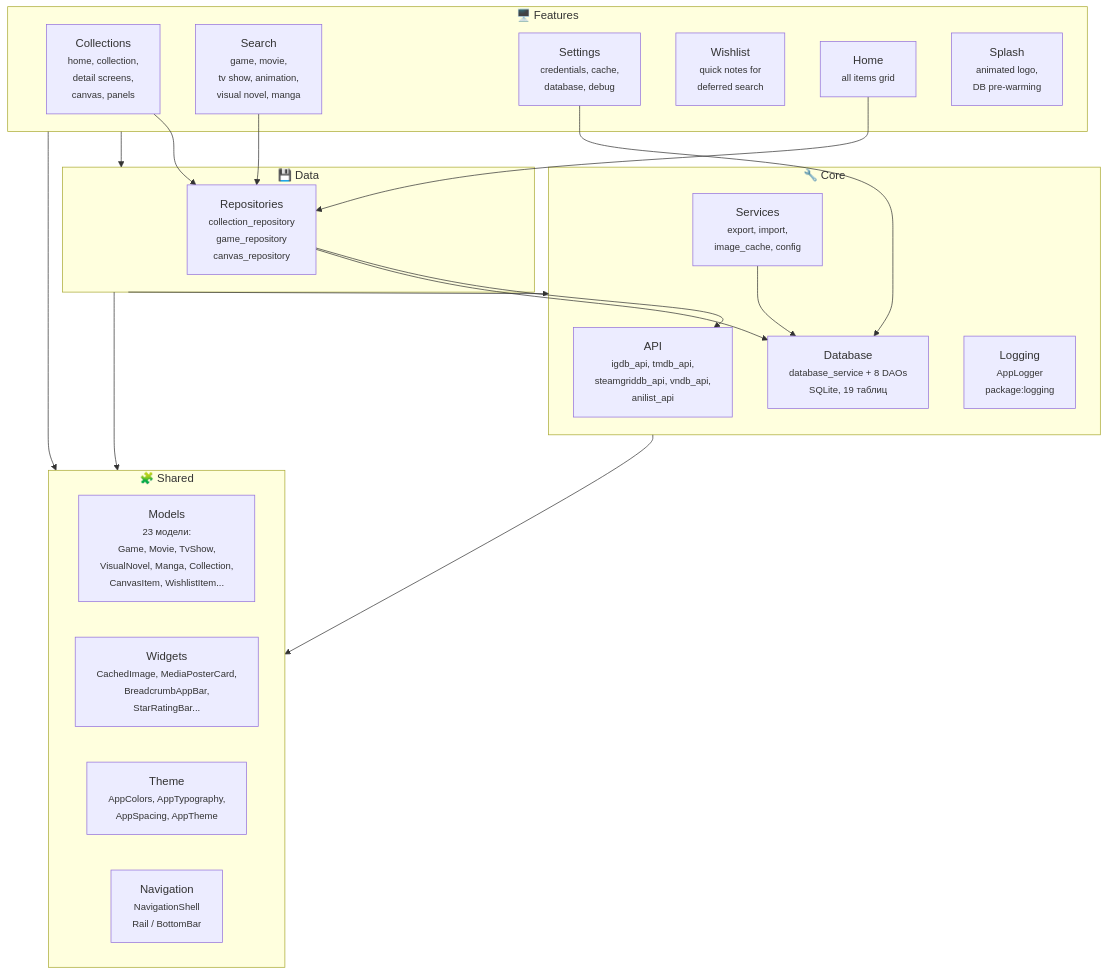
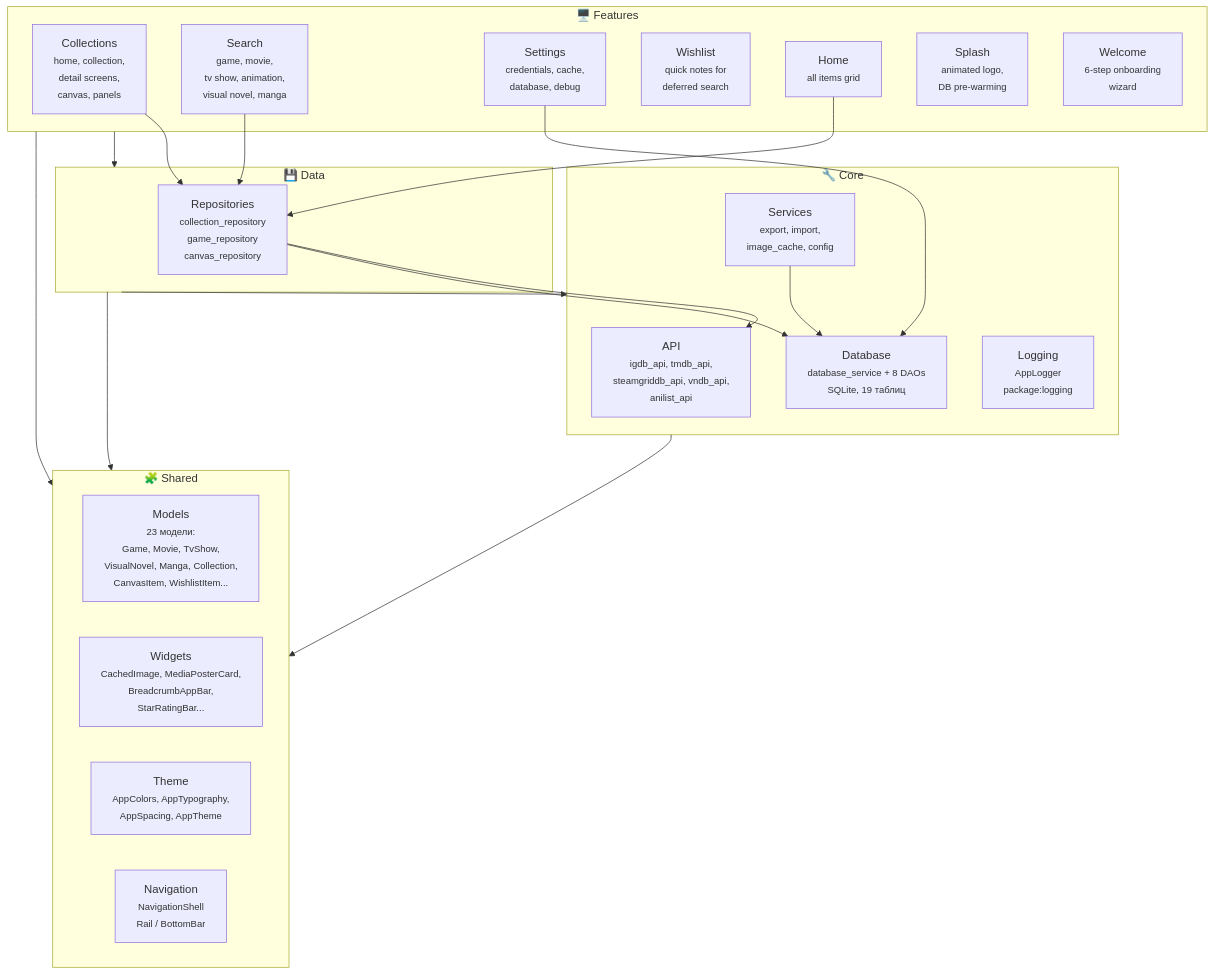
Before and after one commit to hacan359/tonkatsu_box: the first of 2 diagrams in docs/ARCHITECTURE.md, drawn with Mermaid. The commit also changed other lines of this file and 14 other files, not shown here.

First line of the commit message:
feat: add Name & Language steps to Welcome Wizard

````diff
--- a/docs/ARCHITECTURE.md
+++ b/docs/ARCHITECTURE.md
@@ -24,43 +24,44 @@
 ```mermaid
 graph TB
     subgraph core ["🔧 Core"]
         api["API<br/><small>igdb_api, tmdb_api,<br/>steamgriddb_api, vndb_api,<br/>anilist_api</small>"]
         database["Database<br/><small>database_service + 8 DAOs<br/>SQLite, 19 таблиц</small>"]
         logging["Logging<br/><small>AppLogger<br/>package:logging</small>"]
         services["Services<br/><small>export, import,<br/>image_cache, config</small>"]
     end
 
     subgraph data ["💾 Data"]
         repositories["Repositories<br/><small>collection_repository<br/>game_repository<br/>canvas_repository</small>"]
     end
 
     subgraph features ["🖥️ Features"]
         collections["Collections<br/><small>home, collection,<br/>detail screens,<br/>canvas, panels</small>"]
         search["Search<br/><small>game, movie,<br/>tv show, animation,<br/>visual novel, manga</small>"]
         settings["Settings<br/><small>credentials, cache,<br/>database, debug</small>"]
         wishlist["Wishlist<br/><small>quick notes for<br/>deferred search</small>"]
         home["Home<br/><small>all items grid</small>"]
         splash["Splash<br/><small>animated logo,<br/>DB pre-warming</small>"]
+        welcome["Welcome<br/><small>6-step onboarding<br/>wizard</small>"]
     end
 
     subgraph shared ["🧩 Shared"]
         models["Models<br/><small>23 модели:<br/>Game, Movie, TvShow,<br/>VisualNovel, Manga, Collection,<br/>CanvasItem, WishlistItem...</small>"]
         widgets["Widgets<br/><small>CachedImage, MediaPosterCard,<br/>BreadcrumbAppBar,<br/>StarRatingBar...</small>"]
         theme["Theme<br/><small>AppColors, AppTypography,<br/>AppSpacing, AppTheme</small>"]
         navigation["Navigation<br/><small>NavigationShell<br/>Rail / BottomBar</small>"]
     end
 
     features --> data
     features --> shared
     data --> core
     data --> shared
     core --> shared
 
     collections --> repositories
     search --> repositories
     settings --> database
     home --> repositories
     repositories --> api
     repositories --> database
     services --> database
 ```
````
